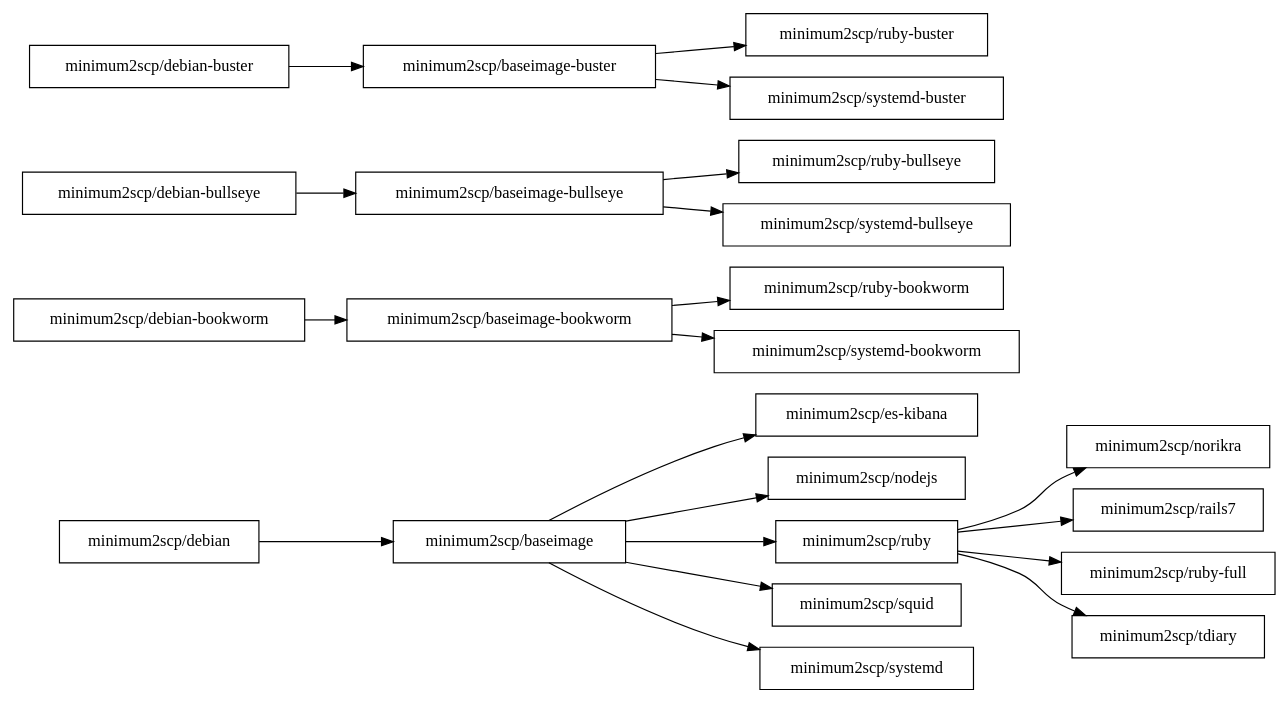
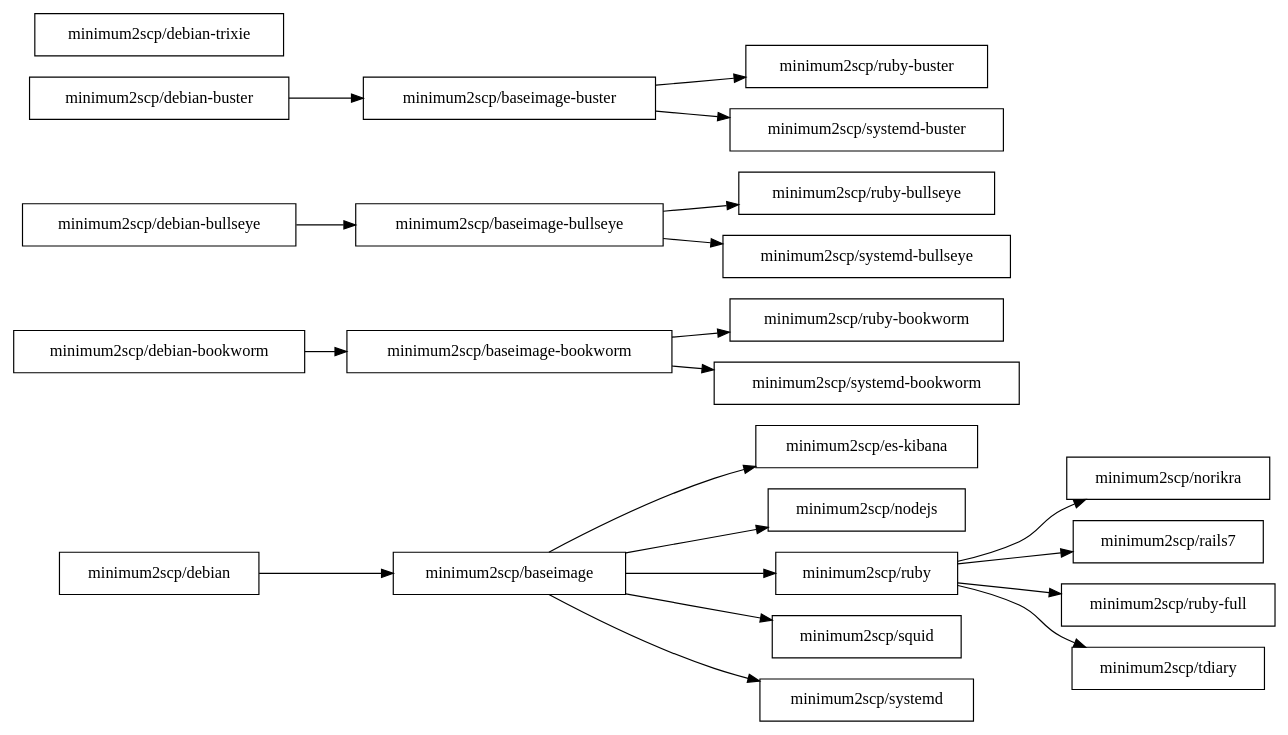
The diagram in deps.dot (minimum2scp/dockerfiles), drawn with Graphviz before and after one commit. The commit also changed 3 other files, not shown here.

Commit message:
Added debian-trixie image

```diff
--- a/deps.dot
+++ b/deps.dot
@@ -1,49 +1,50 @@
 digraph deps {
   graph [
     rankdir = "LR"
   ];
 
   node [
     shape = "box"
   ];
 
   ratio = auto;
 
   baseimage          [label = "minimum2scp/baseimage"];
   baseimage_bookworm [label = "minimum2scp/baseimage-bookworm"];
   baseimage_bullseye [label = "minimum2scp/baseimage-bullseye"];
   baseimage_buster   [label = "minimum2scp/baseimage-buster"];
   debian             [label = "minimum2scp/debian"];
+  debian_trixie      [label = "minimum2scp/debian-trixie"];
   debian_bookworm    [label = "minimum2scp/debian-bookworm"];
   debian_bullseye    [label = "minimum2scp/debian-bullseye"];
   debian_buster      [label = "minimum2scp/debian-buster"];
   es_kibana          [label = "minimum2scp/es-kibana"];
   nodejs             [label = "minimum2scp/nodejs"];
   norikra            [label = "minimum2scp/norikra"];
   rails7             [label = "minimum2scp/rails7"];
   ruby               [label = "minimum2scp/ruby"];
   ruby_bookworm      [label = "minimum2scp/ruby-bookworm"];
   ruby_bullseye      [label = "minimum2scp/ruby-bullseye"];
   ruby_buster        [label = "minimum2scp/ruby-buster"];
   ruby_full          [label = "minimum2scp/ruby-full"];
   squid              [label = "minimum2scp/squid"];
   systemd            [label = "minimum2scp/systemd"];
   systemd_bookworm   [label = "minimum2scp/systemd-bookworm"];
   systemd_bullseye   [label = "minimum2scp/systemd-bullseye"];
   systemd_buster     [label = "minimum2scp/systemd-buster"];
   tdiary             [label = "minimum2scp/tdiary"];
 
   debian    -> baseimage;
   baseimage -> {es_kibana, nodejs, ruby, squid, systemd};
   ruby      -> {norikra, rails7, ruby_full, tdiary};
 
   debian_bookworm -> baseimage_bookworm;
   baseimage_bookworm -> {ruby_bookworm, systemd_bookworm};
 
   debian_bullseye -> baseimage_bullseye;
   baseimage_bullseye -> {ruby_bullseye, systemd_bullseye};
 
   debian_buster -> baseimage_buster;
   baseimage_buster -> {ruby_buster, systemd_buster};
 
 }
```
